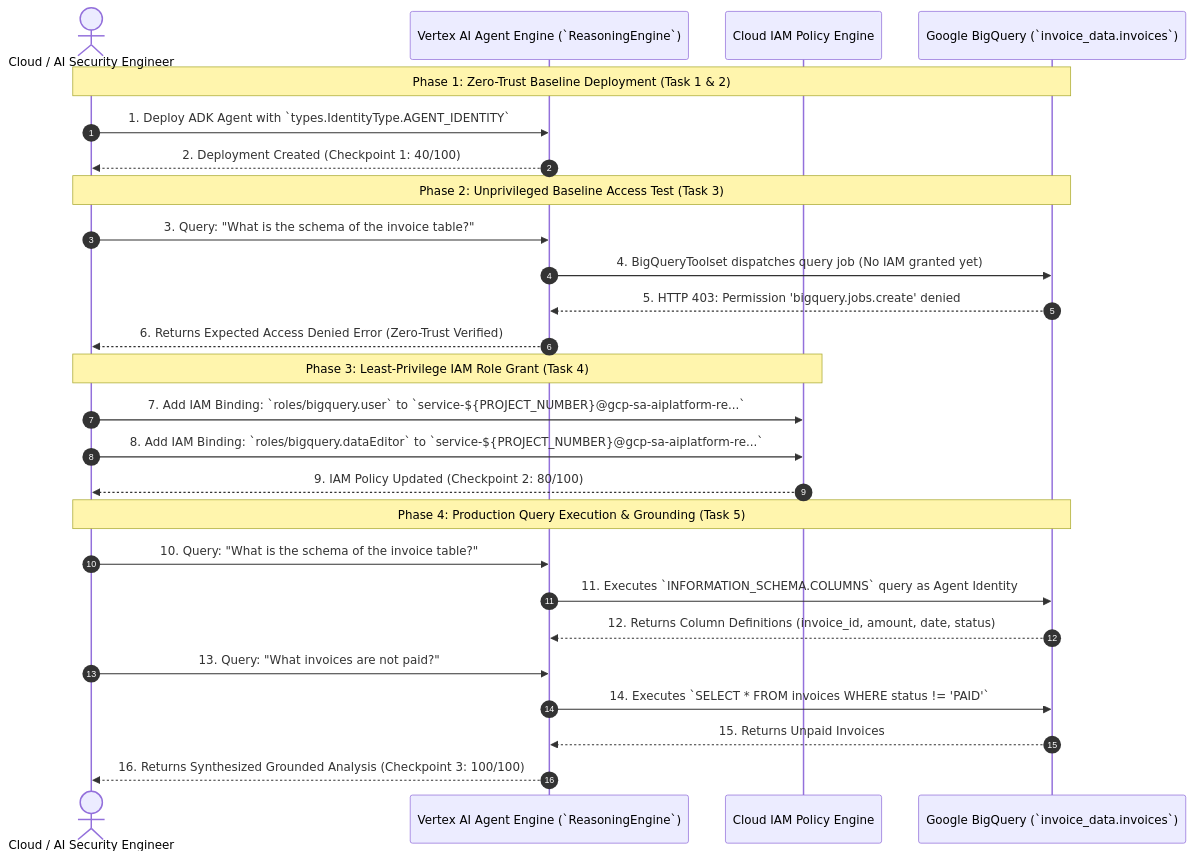
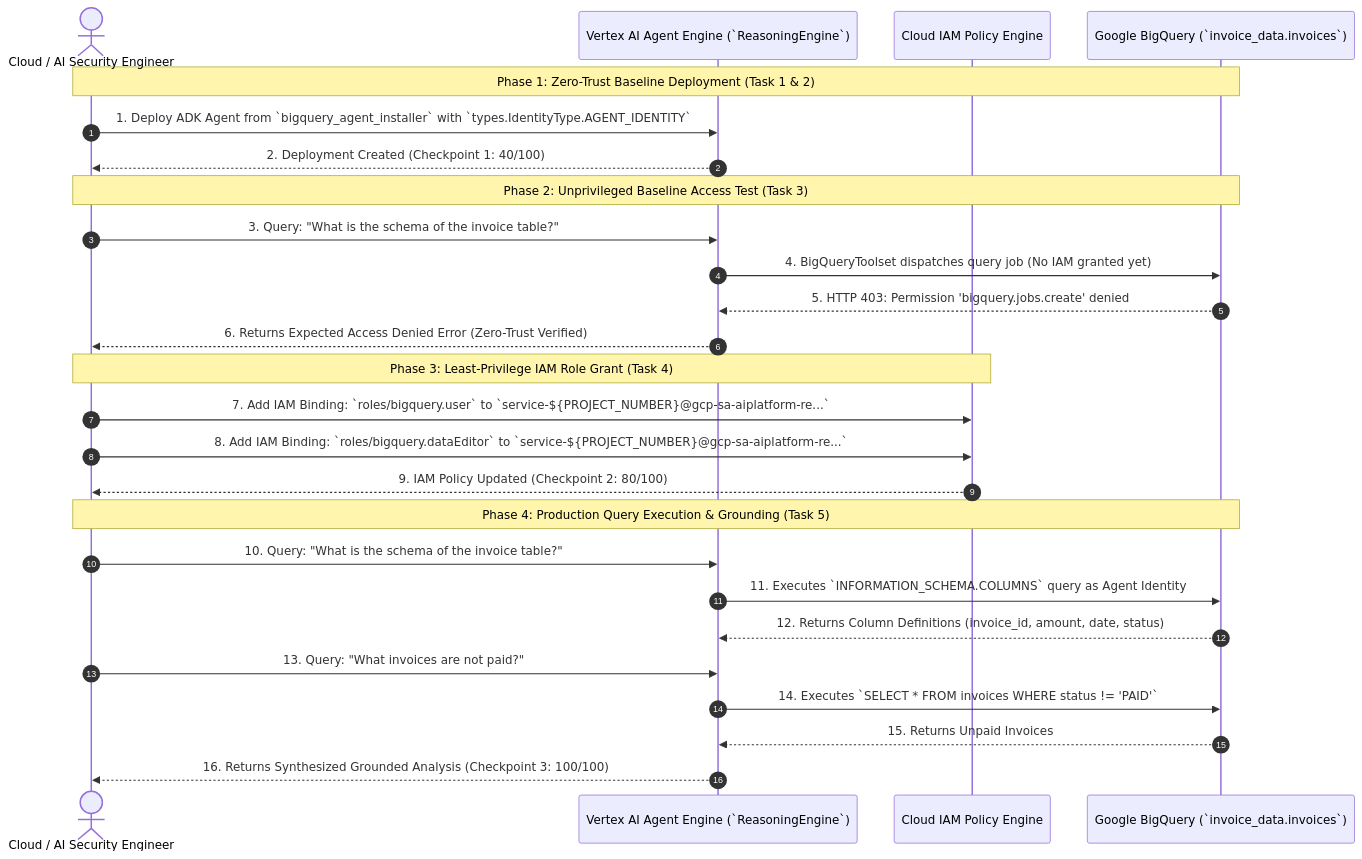
The diagram in takeaway-genai160-govern-agent-access-challenge-lab.md (junyish/genai160-Govern-Agent-Access-with-Gemini-Enterprise-Agent-Platform-Challenge-Lab), drawn with Mermaid before and after one commit. The commit also changed other lines of this file and 7 other files, not shown here.

Commit message:
refactor: rename invoice_agent to bigquery_agent and clarify bigquery_agent_installer working dir

````diff
--- a/takeaway-genai160-govern-agent-access-challenge-lab.md
+++ b/takeaway-genai160-govern-agent-access-challenge-lab.md
@@ -24,32 +24,32 @@
 ```mermaid
 sequenceDiagram
     autonumber
     actor Engineer as Cloud / AI Security Engineer
     participant Engine as Vertex AI Agent Engine (`ReasoningEngine`)
     participant IAM as Cloud IAM Policy Engine
     participant BigQuery as Google BigQuery (`invoice_data.invoices`)
 
     Note over Engineer,BigQuery: Phase 1: Zero-Trust Baseline Deployment (Task 1 & 2)
-    Engineer->>Engine: 1. Deploy ADK Agent with `types.IdentityType.AGENT_IDENTITY`
+    Engineer->>Engine: 1. Deploy ADK Agent from `bigquery_agent_installer` with `types.IdentityType.AGENT_IDENTITY`
     Engine-->>Engineer: 2. Deployment Created (Checkpoint 1: 40/100)
 
     Note over Engineer,BigQuery: Phase 2: Unprivileged Baseline Access Test (Task 3)
     Engineer->>Engine: 3. Query: "What is the schema of the invoice table?"
     Engine->>BigQuery: 4. BigQueryToolset dispatches query job (No IAM granted yet)
     BigQuery-->>Engine: 5. HTTP 403: Permission 'bigquery.jobs.create' denied
     Engine-->>Engineer: 6. Returns Expected Access Denied Error (Zero-Trust Verified)
 
     Note over Engineer,IAM: Phase 3: Least-Privilege IAM Role Grant (Task 4)
     Engineer->>IAM: 7. Add IAM Binding: `roles/bigquery.user` to `service-${PROJECT_NUMBER}@gcp-sa-aiplatform-re...`
     Engineer->>IAM: 8. Add IAM Binding: `roles/bigquery.dataEditor` to `service-${PROJECT_NUMBER}@gcp-sa-aiplatform-re...`
     IAM-->>Engineer: 9. IAM Policy Updated (Checkpoint 2: 80/100)
 
     Note over Engineer,BigQuery: Phase 4: Production Query Execution & Grounding (Task 5)
     Engineer->>Engine: 10. Query: "What is the schema of the invoice table?"
     Engine->>BigQuery: 11. Executes `INFORMATION_SCHEMA.COLUMNS` query as Agent Identity
     BigQuery-->>Engine: 12. Returns Column Definitions (invoice_id, amount, date, status)
     Engineer->>Engine: 13. Query: "What invoices are not paid?"
     Engine->>BigQuery: 14. Executes `SELECT * FROM invoices WHERE status != 'PAID'`
     BigQuery-->>Engine: 15. Returns Unpaid Invoices
     Engine-->>Engineer: 16. Returns Synthesized Grounded Analysis (Checkpoint 3: 100/100)
 ```
````
